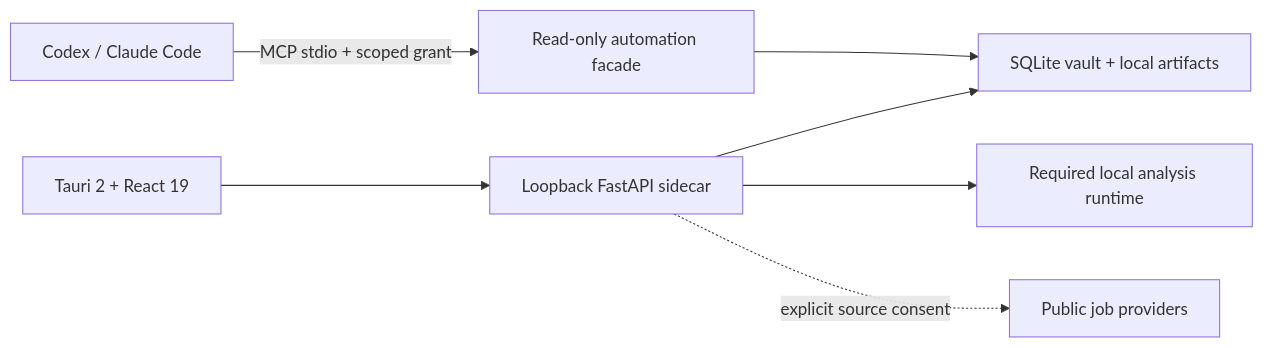
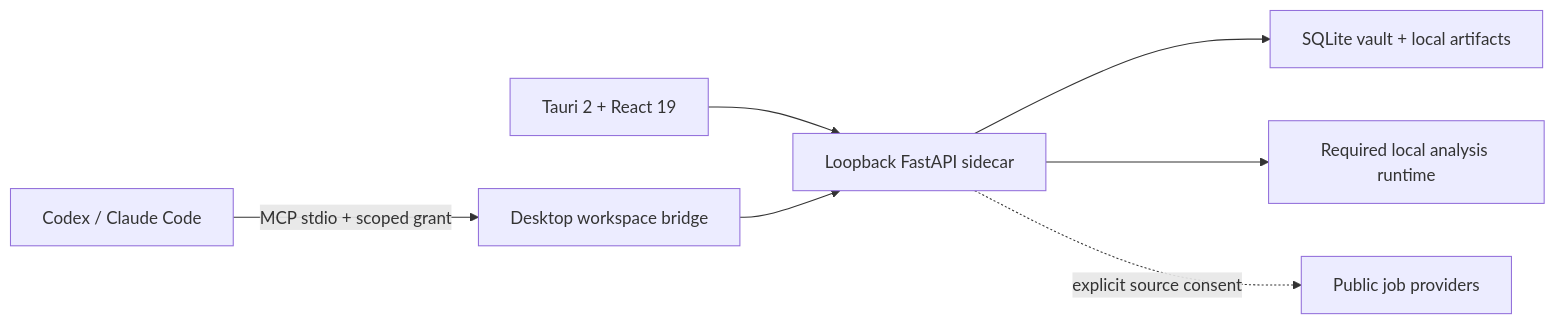
Before and after one commit to ejupi-djenis30/careeros-local: the diagram in README.md, drawn with Mermaid. The commit also changed other lines of this file and 345 other files, not shown here.

````diff
--- a/README.md
+++ b/README.md
@@ -119,9 +117,9 @@
 ```mermaid
 flowchart LR
     UI["Tauri 2 + React 19"] --> API["Loopback FastAPI sidecar"]
     API --> Vault["SQLite vault + local artifacts"]
     API --> AI["Required local analysis runtime"]
     API -. "explicit source consent" .-> Jobs["Public job providers"]
-    Agent["Codex / Claude Code"] -->|"MCP stdio + scoped grant"| Automation["Read-only automation facade"]
-    Automation --> Vault
+    Agent["Codex / Claude Code"] -->|"MCP stdio + scoped grant"| Bridge["Desktop workspace bridge"]
+    Bridge --> API
 ```
````
